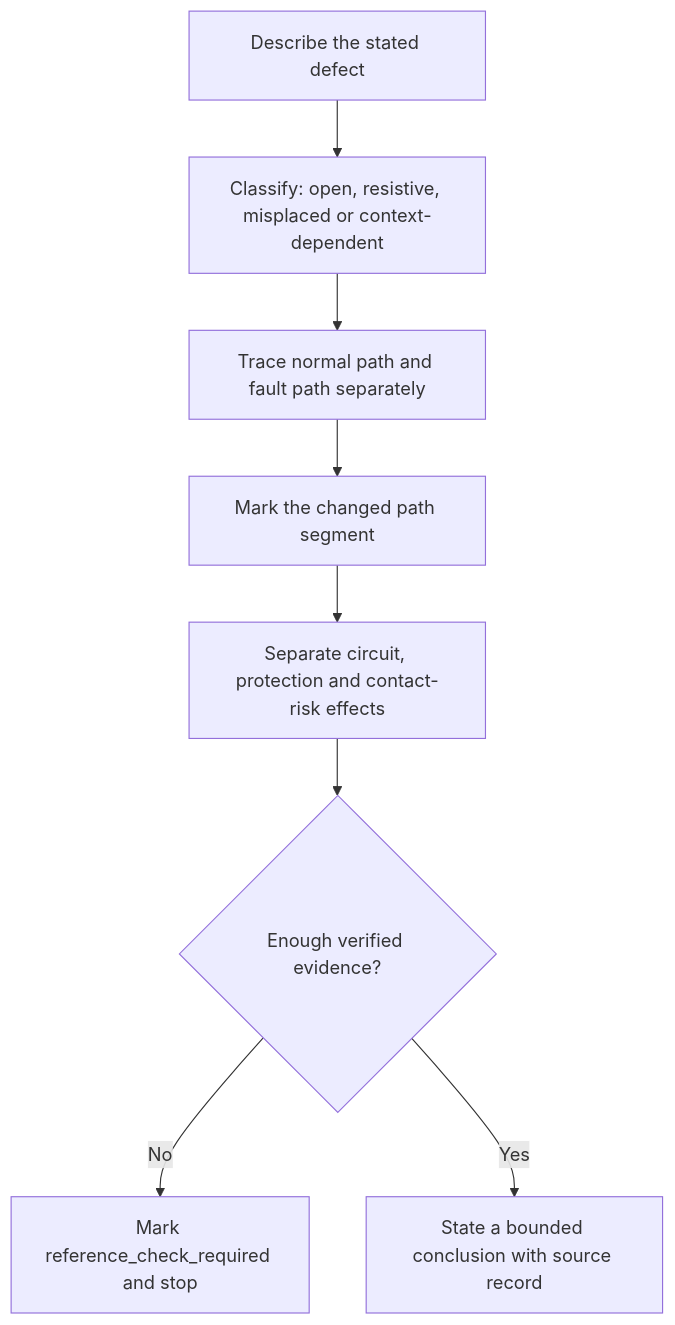
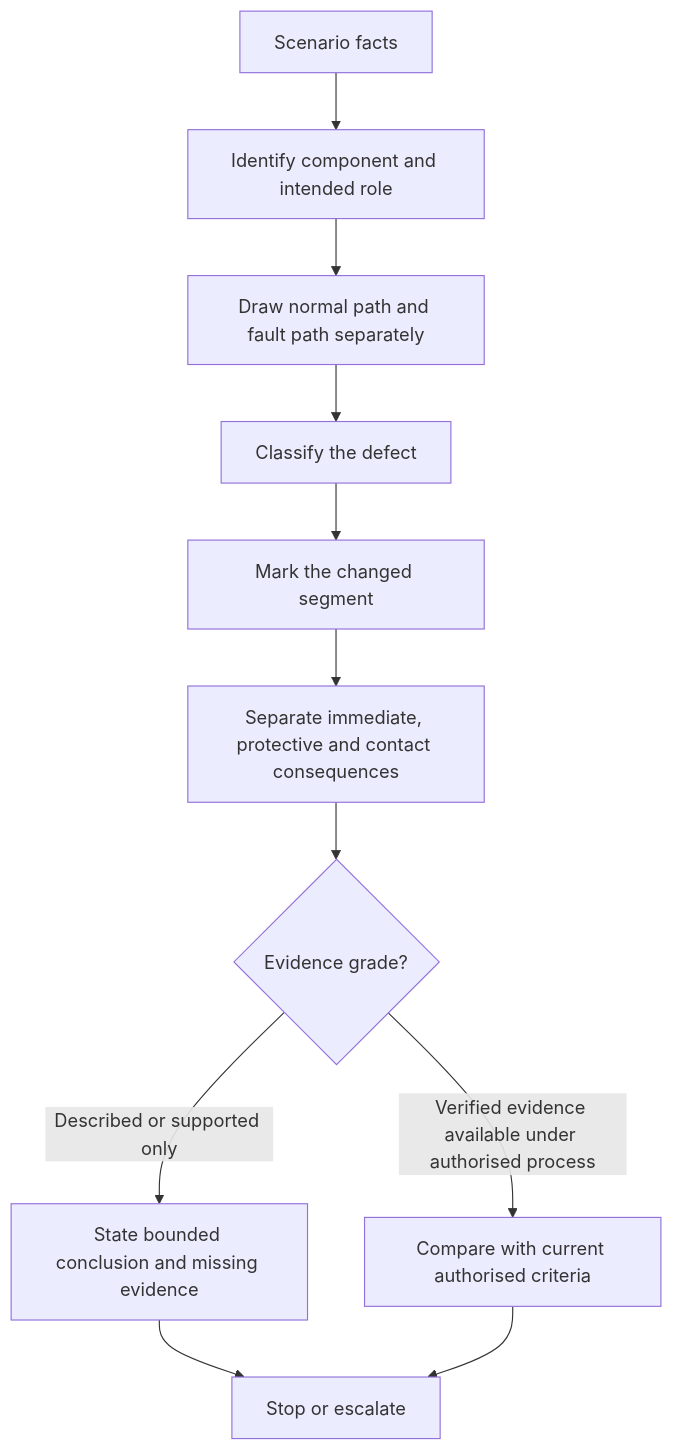
Before and after one commit to andrew3stedall/capstone: the first of 2 diagrams in docs/learning-plans/4-week/modules/day-06c-earthing-and-men-fault-scenarios.md, drawn with Mermaid. The commit also changed other lines of this file, not shown here.

Commit message:
docs: quality pass day 6c fault scenarios

````diff
--- a/docs/learning-plans/4-week/modules/day-06c-earthing-and-men-fault-scenarios.md
+++ b/docs/learning-plans/4-week/modules/day-06c-earthing-and-men-fault-scenarios.md
@@ -120,10 +139,13 @@
 ```mermaid
 flowchart TD
-    A["Describe the stated defect"] --> B["Classify: open, resistive, misplaced or context-dependent"]
-    B --> C["Trace normal path and fault path separately"]
-    C --> D["Mark the changed path segment"]
-    D --> E["Separate circuit, protection and contact-risk effects"]
-    E --> F{"Enough verified evidence?"}
-    F -->|"No"| G["Mark reference_check_required and stop"]
-    F -->|"Yes"| H["State a bounded conclusion with source record"]
+    A["Scenario facts"] --> B["Identify component and intended role"]
+    B --> C["Draw normal path and fault path separately"]
+    C --> D["Classify the defect"]
+    D --> E["Mark the changed segment"]
+    E --> F["Separate immediate, protective and contact consequences"]
+    F --> G{"Evidence grade?"}
+    G -->|"Described or supported only"| H["State bounded conclusion and missing evidence"]
+    G -->|"Verified evidence available under authorised process"| I["Compare with current authorised criteria"]
+    H --> J["Stop or escalate"]
+    I --> J
 ```
````
